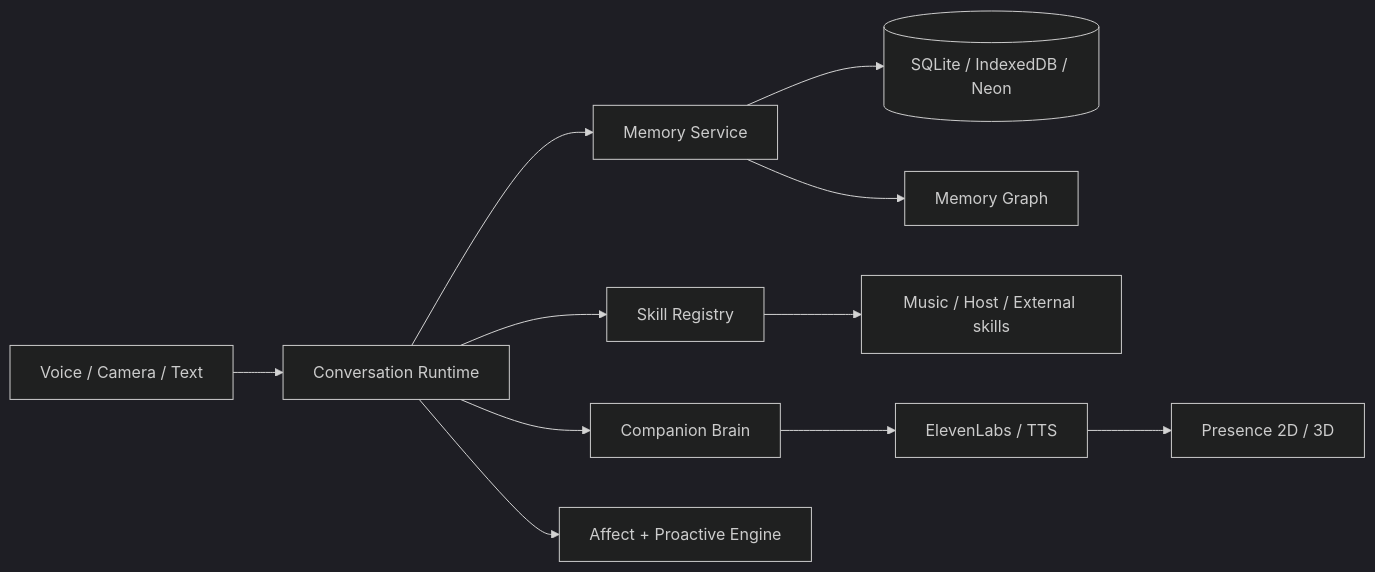
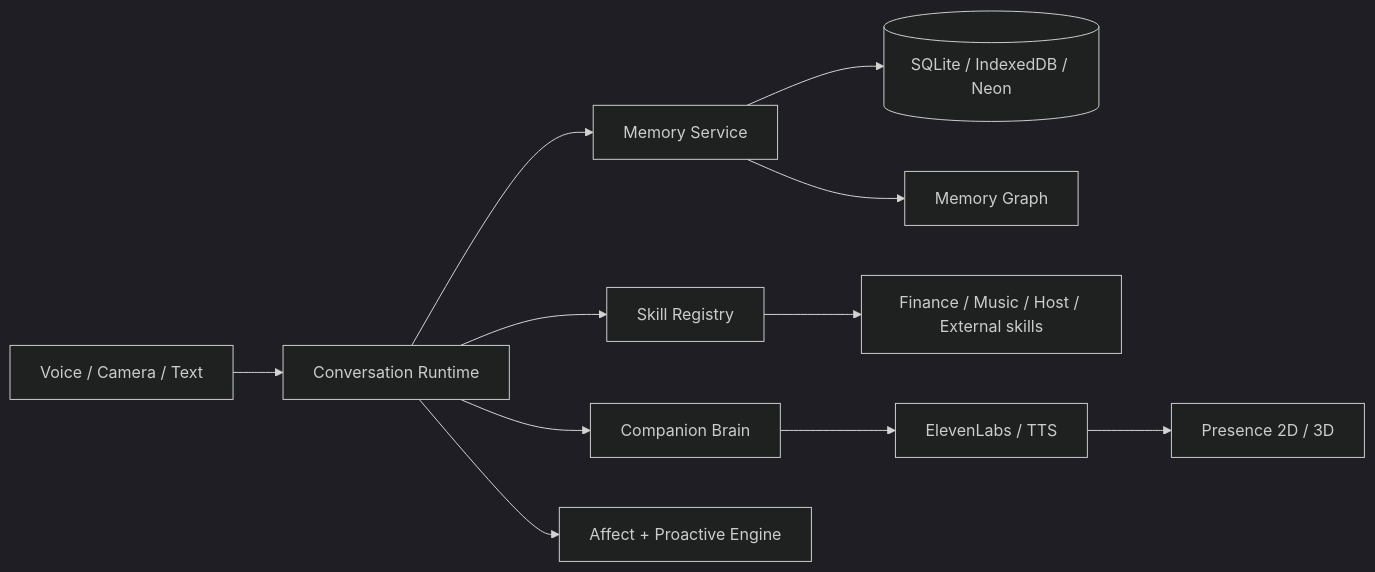
Before and after one commit to minhduchd-mds/miraai: the diagram in README.md, drawn with Mermaid (dark theme). The commit also changed other lines of this file and 15 other files, not shown here.

````diff
--- a/README.md
+++ b/README.md
@@ -37,13 +38,13 @@
 ```mermaid
 flowchart LR
     A[Voice / Camera / Text] --> B[Conversation Runtime]
     B --> C[Companion Brain]
     B --> D[Memory Service]
     D --> E[(SQLite / IndexedDB / Neon)]
     D --> F[Memory Graph]
     B --> G[Skill Registry]
-    G --> H[Music / Host / External skills]
+    G --> H[Finance / Music / Host / External skills]
     B --> I[Affect + Proactive Engine]
     C --> J[ElevenLabs / TTS]
     J --> K[Presence 2D / 3D]
 ```
````
